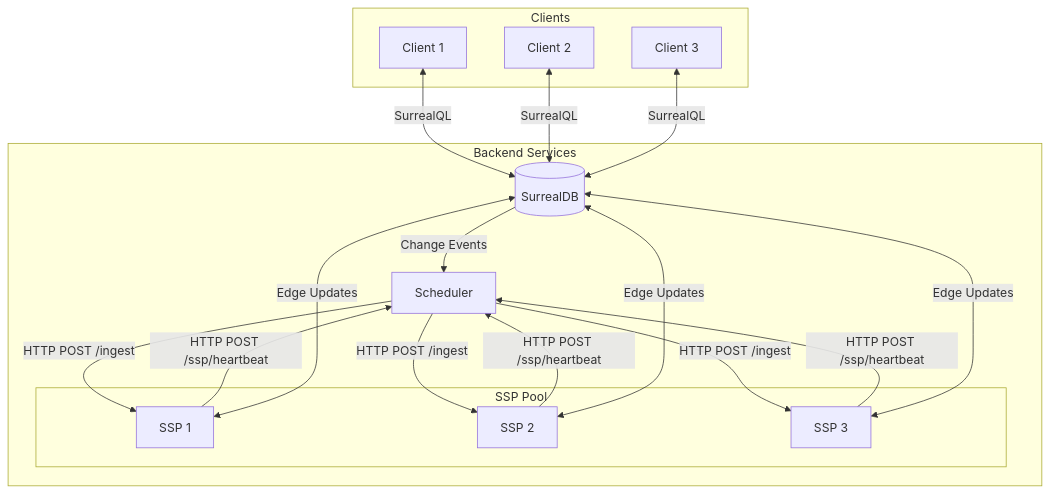
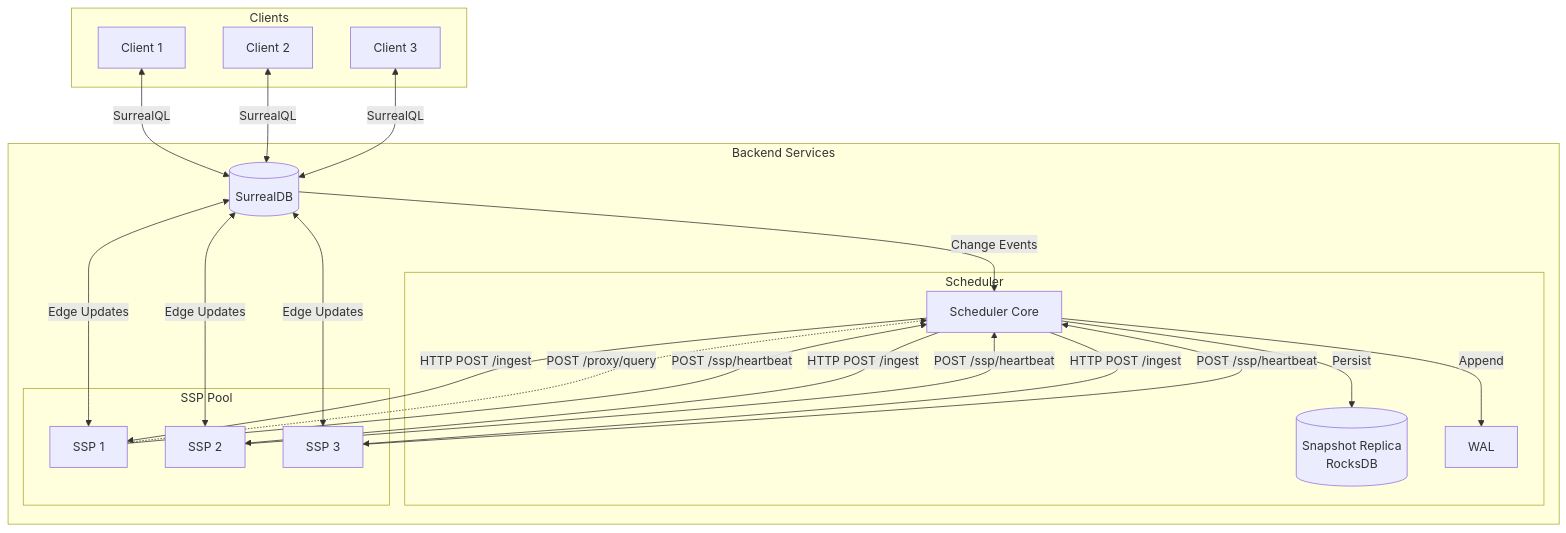
The second of 5 diagrams in apps/landing-page/src/pages/docs/architecture.mdx (mono424/spooky), drawn with Mermaid before and after one commit. The commit also changed other lines of this file and 3 other files, not shown here.

````diff
--- a/apps/landing-page/src/pages/docs/architecture.mdx
+++ b/apps/landing-page/src/pages/docs/architecture.mdx
@@ -56,36 +56,44 @@
 ```mermaid
 graph TD
     subgraph clients [Clients]
         C1[Client 1]
         C2[Client 2]
         C3[Client 3]
     end
 
     subgraph backend [Backend Services]
         DB[(SurrealDB)]
-        Scheduler[Scheduler]
+
+        subgraph sched [Scheduler]
+            Scheduler[Scheduler Core]
+            Replica[(Snapshot Replica<br/>RocksDB)]
+            WAL[WAL]
+        end
 
         subgraph ssps [SSP Pool]
             SSP1[SSP 1]
             SSP2[SSP 2]
             SSP3[SSP 3]
         end
     end
 
     C1 <-->|SurrealQL| DB
     C2 <-->|SurrealQL| DB
     C3 <-->|SurrealQL| DB
 
     DB -->|Change Events| Scheduler
+    Scheduler -->|Persist| Replica
+    Scheduler -->|Append| WAL
     Scheduler -->|HTTP POST /ingest| SSP1
     Scheduler -->|HTTP POST /ingest| SSP2
     Scheduler -->|HTTP POST /ingest| SSP3
 
-    SSP1 -->|HTTP POST /ssp/heartbeat| Scheduler
-    SSP2 -->|HTTP POST /ssp/heartbeat| Scheduler
-    SSP3 -->|HTTP POST /ssp/heartbeat| Scheduler
+    SSP1 -.->|POST /proxy/query| Scheduler
+    SSP1 -->|POST /ssp/heartbeat| Scheduler
+    SSP2 -->|POST /ssp/heartbeat| Scheduler
+    SSP3 -->|POST /ssp/heartbeat| Scheduler
 
     SSP1 <-->|Edge Updates| DB
     SSP2 <-->|Edge Updates| DB
     SSP3 <-->|Edge Updates| DB
 ```
````
